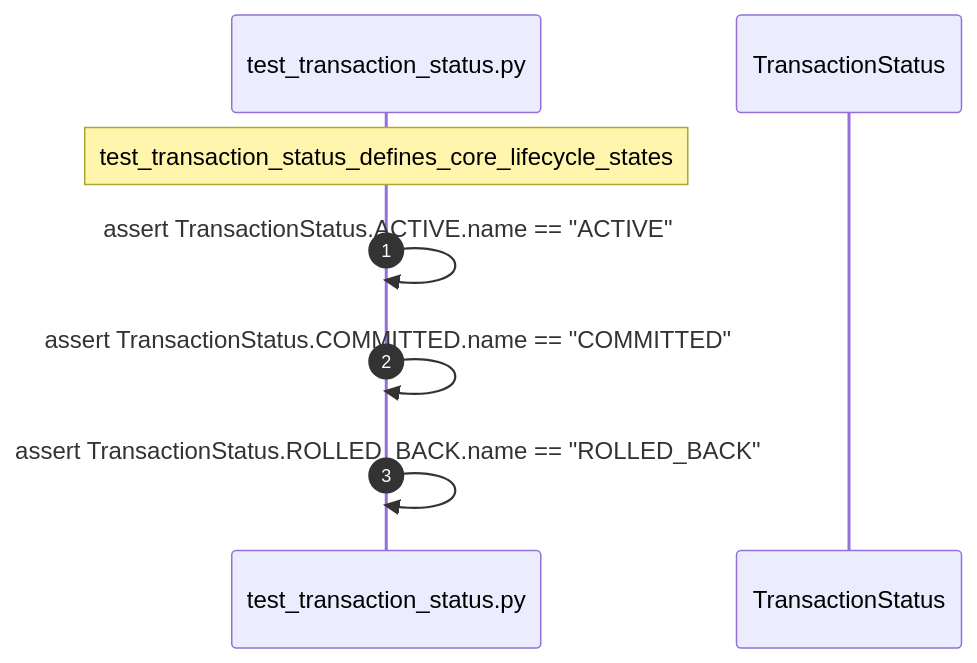
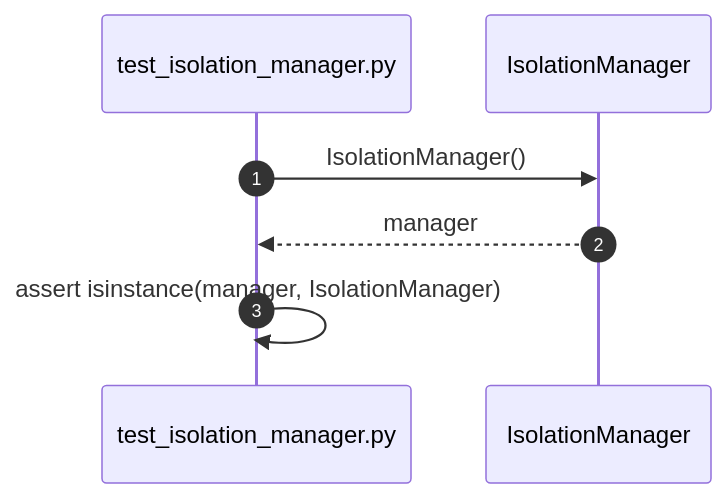
Before and after one commit to taitran501/DBMS: diagram 15 of 45 in diagrams/sequence/transaction.md, drawn with Mermaid. The commit also changed other lines of this file and 44 other files, not shown here.

````diff
--- a/diagrams/sequence/transaction.md
+++ b/diagrams/sequence/transaction.md
@@ -398,11 +231,10 @@
 ```mermaid
 sequenceDiagram
     autonumber
-    participant Test as test_transaction_status.py
-    participant SUT as TransactionStatus
+    participant Test as test_isolation_manager.py
+    participant SUT as IsolationManager
 
-    Note over Test: test_transaction_status_defines_core_lifecycle_states
-    Test->>Test: assert TransactionStatus.ACTIVE.name == "ACTIVE"
-    Test->>Test: assert TransactionStatus.COMMITTED.name == "COMMITTED"
-    Test->>Test: assert TransactionStatus.ROLLED_BACK.name == "ROLLED_BACK"
+    Test->>SUT: IsolationManager()
+    SUT-->>Test: manager
+    Test->>Test: assert isinstance(manager, IsolationManager)
 ```
````
